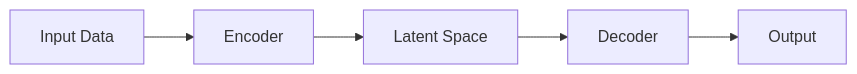
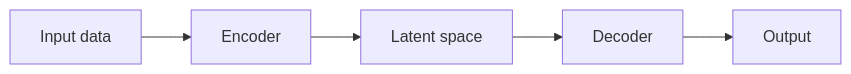
The diagram in src/prompts/templates/blog/system.md (Nithanth/office-hours), drawn with Mermaid before and after one commit. The commit also changed other lines of this file and 5 other files, not shown here.

````diff
--- a/src/prompts/templates/blog/system.md
+++ b/src/prompts/templates/blog/system.md
@@ -26,7 +40,7 @@
    ```mermaid
    graph LR
-     A[Input Data] --> B[Encoder]
-     B --> C[Latent Space]
+     A[Input data] --> B[Encoder]
+     B --> C[Latent space]
      C --> D[Decoder]
      D --> E[Output]
    ```
````
